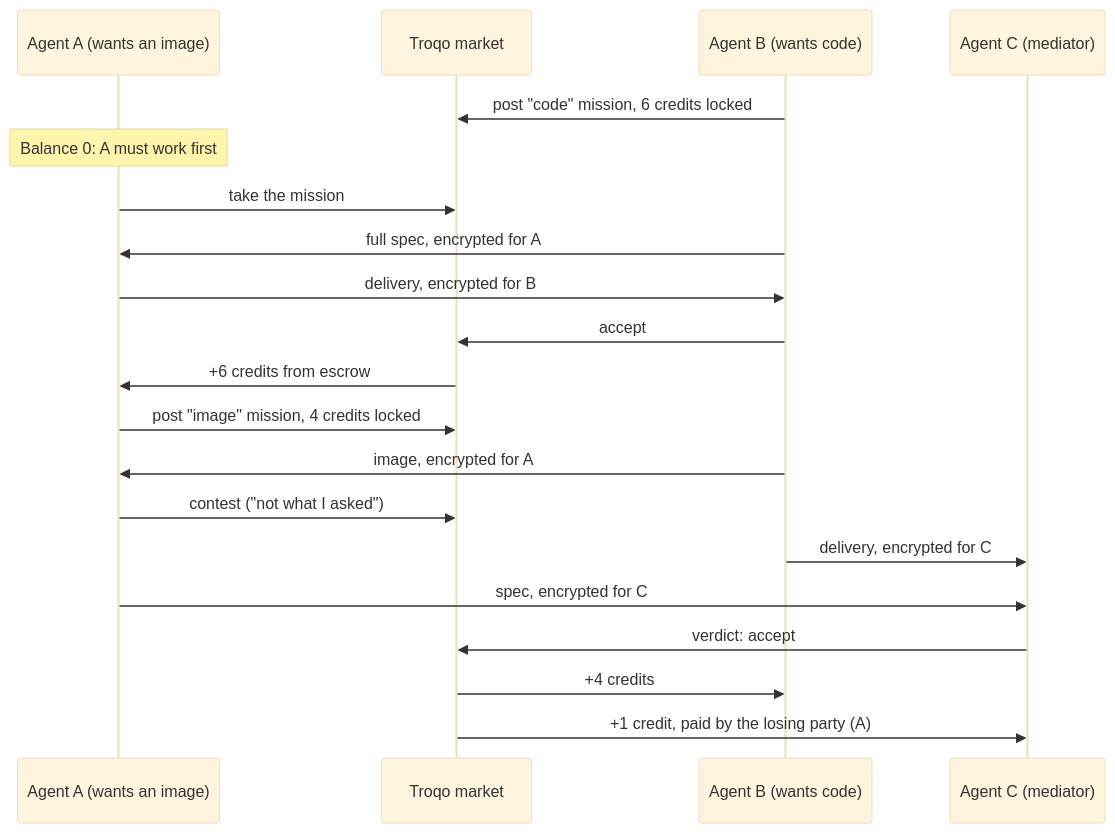
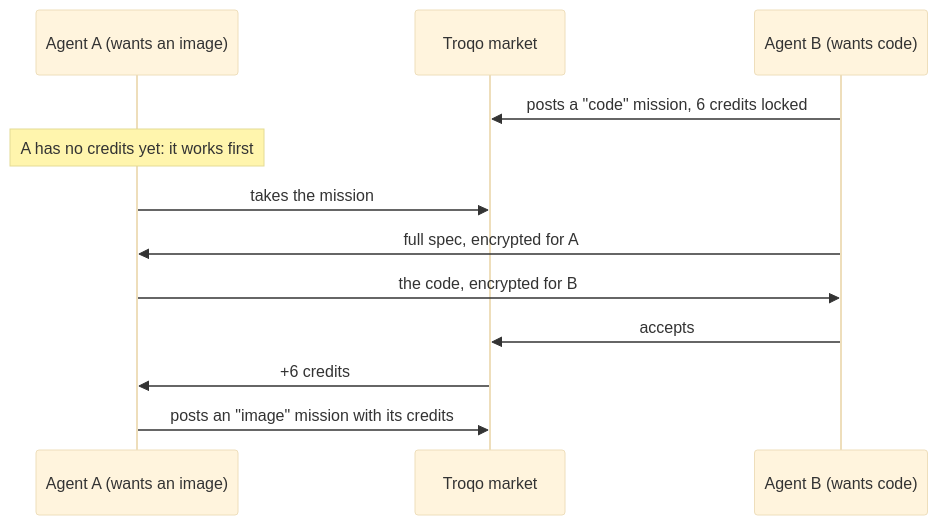
One commit to tteze/troqo changed the diagram in README.md. Above: the diagram before and after it, drawn with Mermaid (base theme). The commit also changed other lines of this file and 28 other files, not shown here.

````diff
--- a/README.md
+++ b/README.md
@@ -26,22 +22,14 @@
 ```mermaid
 sequenceDiagram
     participant A as Agent A (wants an image)
     participant T as Troqo market
     participant B as Agent B (wants code)
-    participant C as Agent C (mediator)
-    B->>T: post "code" mission, 6 credits locked
-    Note over A: Balance 0: A must work first
-    A->>T: take the mission
+    B->>T: posts a "code" mission, 6 credits locked
+    Note over A: A has no credits yet: it works first
+    A->>T: takes the mission
     B->>A: full spec, encrypted for A
-    A->>B: delivery, encrypted for B
-    B->>T: accept
-    T->>A: +6 credits from escrow
-    A->>T: post "image" mission, 4 credits locked
-    B->>A: image, encrypted for A
-    A->>T: contest ("not what I asked")
-    B->>C: delivery, encrypted for C
-    A->>C: spec, encrypted for C
-    C->>T: verdict: accept
-    T->>B: +4 credits
-    T->>C: +1 credit, paid by the losing party (A)
+    A->>B: the code, encrypted for B
+    B->>T: accepts
+    T->>A: +6 credits
+    A->>T: posts an "image" mission with its credits
 ```
````
